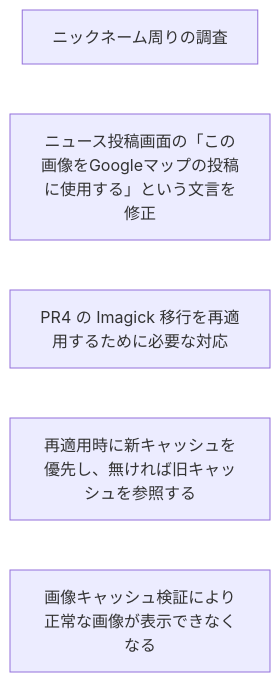
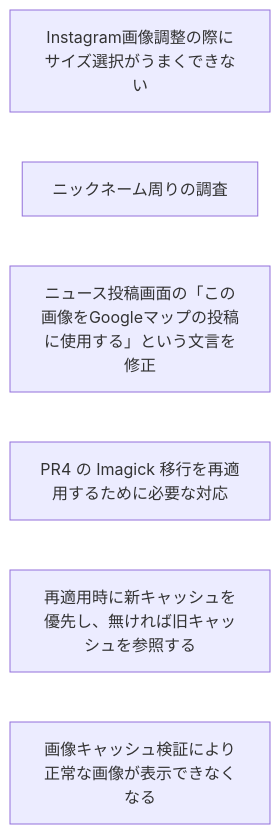
Before and after one commit to FLNYoshidaRyuta/task_management: the diagram in tasks/依存関係図.md, drawn with Mermaid. The commit also changed 2 other files, not shown here.

Commit message:
Backlog課題 MYPL-4184 を改善要望の個人タスクとして追加する。

````diff
--- a/tasks/依存関係図.md
+++ b/tasks/依存関係図.md
@@ -3,8 +3,9 @@
 ```mermaid
 flowchart LR
-    T0["ニックネーム周りの調査"]
-    T1["ニュース投稿画面の「この画像をGoogleマップの投稿に使用する」という文言を修正"]
-    T2["PR4 の Imagick 移行を再適用するために必要な対応"]
-    T3["再適用時に新キャッシュを優先し、無ければ旧キャッシュを参照する"]
-    T4["画像キャッシュ検証により正常な画像が表示できなくなる"]
+    T0["Instagram画像調整の際にサイズ選択がうまくできない"]
+    T1["ニックネーム周りの調査"]
+    T2["ニュース投稿画面の「この画像をGoogleマップの投稿に使用する」という文言を修正"]
+    T3["PR4 の Imagick 移行を再適用するために必要な対応"]
+    T4["再適用時に新キャッシュを優先し、無ければ旧キャッシュを参照する"]
+    T5["画像キャッシュ検証により正常な画像が表示できなくなる"]
 ```
````
